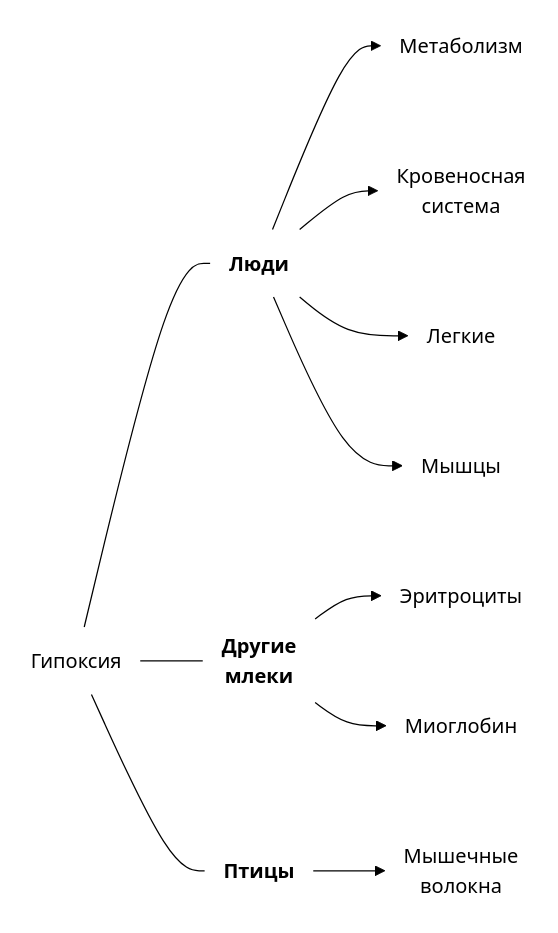
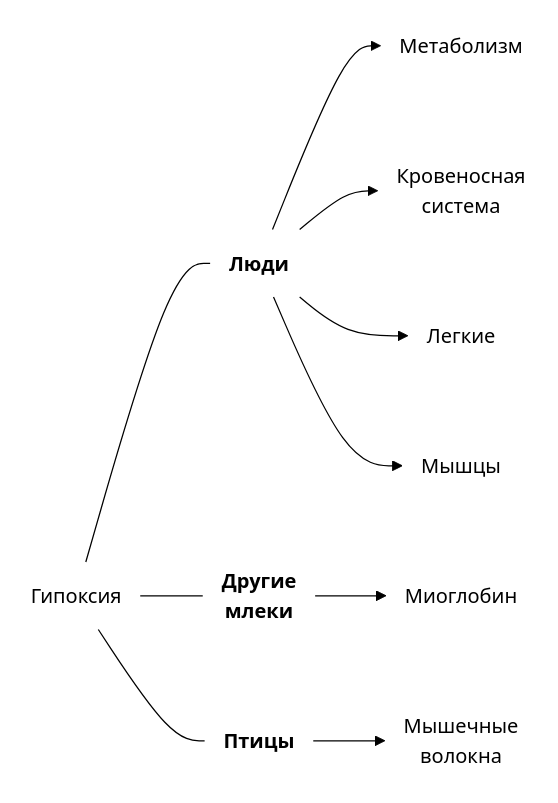
One commit to ekaterina-o/ekaterina-o.github.io changed the first of 6 diagrams in content/notes/2023-0416-2200.Адаптации к гипоксии.md. Above: the diagram before and after it, drawn with Mermaid (forest theme). The commit also changed other lines of this file, not shown here.

Commit message:
Update 2023-0416-2200.Адаптации к гипоксии.md

````diff
--- a/content/notes/2023-0416-2200.Адаптации к гипоксии.md
+++ b/content/notes/2023-0416-2200.Адаптации к гипоксии.md
@@ -23,28 +21,27 @@
 ```mermaid
 flowchart LR
 
 ГП("Гипоксия")
 
 ЛД("Люди")
 МТ("Метаболизм")
 КР("Кровеносная\n система")
 ЛГ("Легкие")
 МШ("Мышцы")
 
 МЛ("Другие\n млеки")
-ЭР("Эритроциты")
 МГ("Миоглобин")
 
 ПТ("Птицы")
 МВ("Мышечные\n волокна")
 
 ГП --- ЛД --> МТ & КР & ЛГ & МШ
-ГП --- МЛ --> ЭР & МГ
+ГП --- МЛ --> МГ
 ГП --- ПТ --> МВ
 
 class ГП,ЛД,МТ,КР,ЛГ,МШ,МЛ,ЭР,МГ,ПТ,МВ HIDE
 classDef HIDE fill:none,stroke:none
 
 class ЛД,ПТ,МЛ BOLD
 classDef BOLD font-weight:bold
 ```
````
